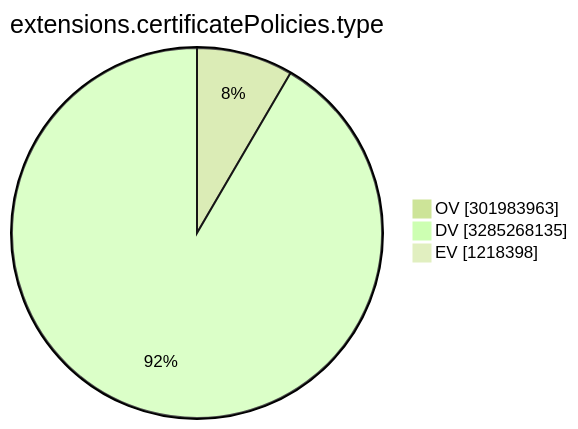
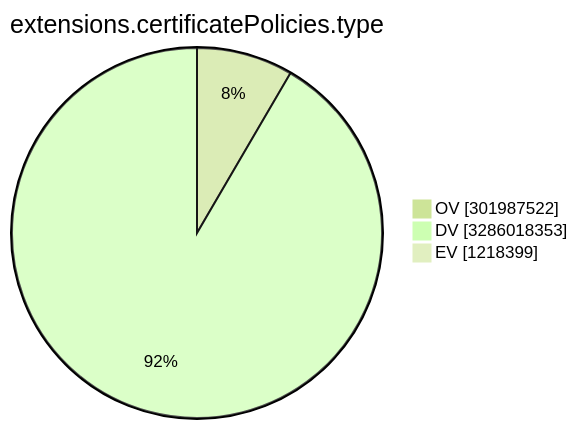
The ninth of 15 diagrams in TOTAL/README.md (christiankrug/ctmonitor_visualization), drawn with Mermaid (forest theme) before and after one commit. The commit also changed other lines of this file, not shown here.

````diff
--- a/TOTAL/README.md
+++ b/TOTAL/README.md
@@ -3107,7 +3107,7 @@
 ```mermaid
 pie showData
 title extensions.certificatePolicies.type
-"OV" :301983963
-"DV" :3285268135
-"EV" :1218398
+"OV" :301987522
+"DV" :3286018353
+"EV" :1218399
 ```
````
